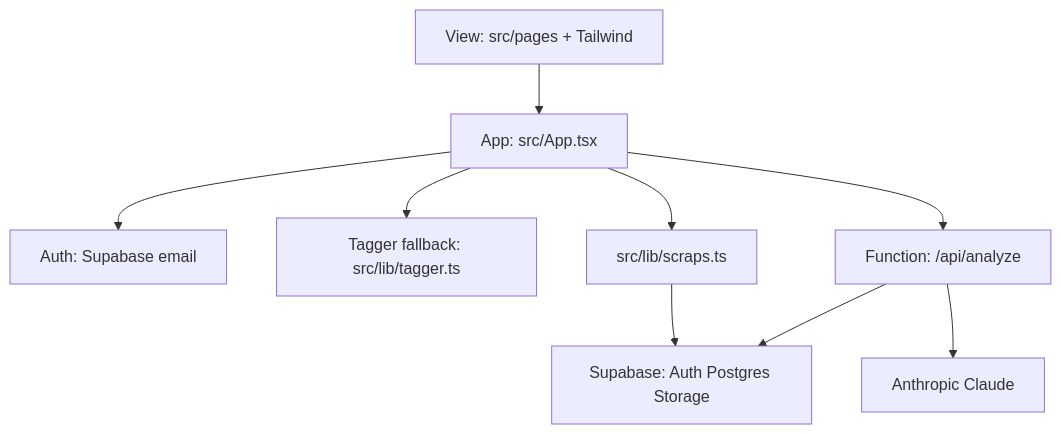
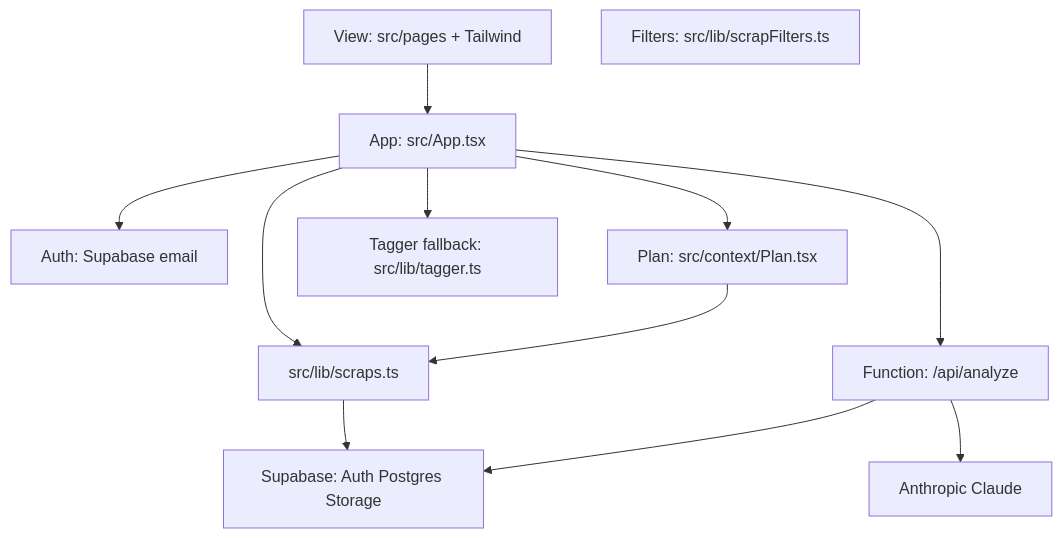
One commit to snuu09/myScrap changed the diagram in ARCHITECTURE.md. Above: the diagram before and after it, drawn with Mermaid. The commit also changed other lines of this file and 38 other files, not shown here.

````diff
--- a/ARCHITECTURE.md
+++ b/ARCHITECTURE.md
@@ -24,20 +24,24 @@
 ```mermaid
 flowchart TB
   view["View: src/pages + Tailwind"]
   app["App: src/App.tsx"]
   auth["Auth: Supabase email"]
+  plan["Plan: src/context/Plan.tsx"]
+  filters["Filters: src/lib/scrapFilters.ts"]
   tagger["Tagger fallback: src/lib/tagger.ts"]
   fn["Function: /api/analyze"]
   persist["src/lib/scraps.ts"]
   baas["Supabase: Auth Postgres Storage"]
   claude["Anthropic Claude"]
 
   view --> app
   app --> auth
+  app --> plan
   app --> persist
+  plan --> persist
   persist --> baas
   app --> fn
   fn --> claude
   fn --> baas
   app --> tagger
 ```
````
